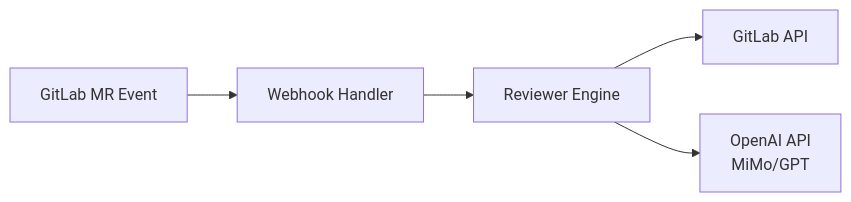
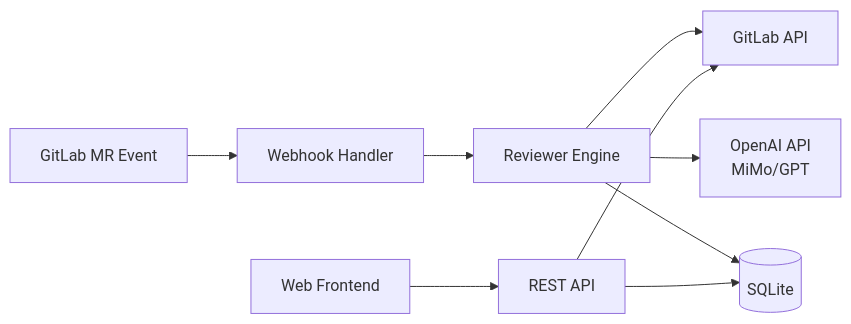
One commit to yuhua2000/gitreviewai changed the diagram in README.md. Above: the diagram before and after it, drawn with Mermaid. The commit also changed other lines of this file and 45 other files, not shown here.

First line of the commit message:
feat: Add web management UI, SQLite persistence, JWT auth, and diff context

````diff
--- a/README.md
+++ b/README.md
@@ -24,7 +27,11 @@
 ```mermaid
 flowchart LR
     A[GitLab MR Event] --> B[Webhook Handler]
     B --> C[Reviewer Engine]
     C --> D[GitLab API]
     C --> E[OpenAI API<br/>MiMo/GPT]
+    C --> F[(SQLite)]
+    G[Web Frontend] --> H[REST API]
+    H --> F
+    H --> D
 ```
````
